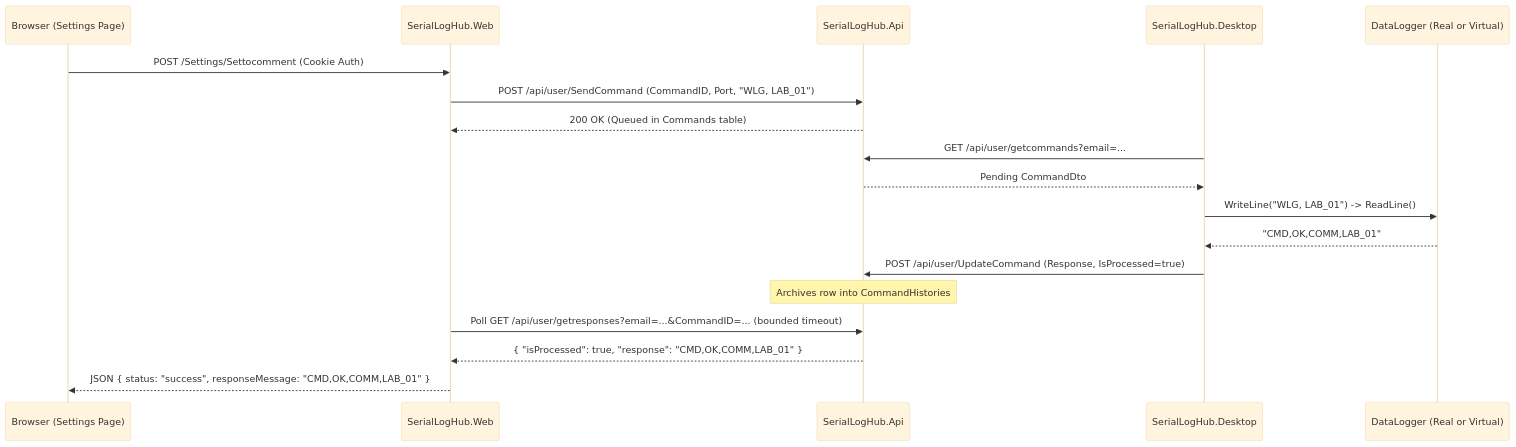
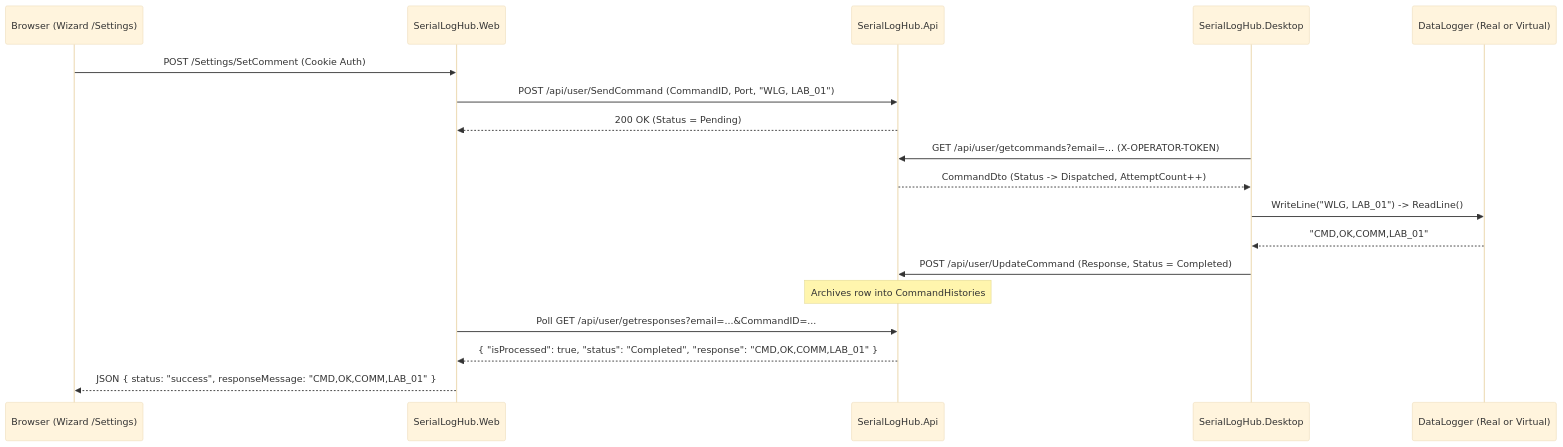
Before and after one commit to Abuluc/seriallog-hub: the third of 3 diagrams in docs/architecture/ARCHITECTURE.md, drawn with Mermaid (base theme). The commit also changed other lines of this file and 18 other files, not shown here.

Commit message:
sec: enforce fail-closed auth on null HttpContext, add production secret validator, SQL-side device compare, bounded durable bridge buffer, and 62 tests

````diff
--- a/docs/architecture/ARCHITECTURE.md
+++ b/docs/architecture/ARCHITECTURE.md
@@ -57,21 +57,21 @@
 ```mermaid
 sequenceDiagram
-    participant UI as Browser (Settings Page)
+    participant UI as Browser (Wizard /Settings)
     participant Web as SerialLogHub.Web
     participant API as SerialLogHub.Api
     participant Desk as SerialLogHub.Desktop
     participant Dev as DataLogger (Real or Virtual)
 
-    UI->>Web: POST /Settings/Settocomment (Cookie Auth)
+    UI->>Web: POST /Settings/SetComment (Cookie Auth)
     Web->>API: POST /api/user/SendCommand (CommandID, Port, "WLG, LAB_01")
-    API-->>Web: 200 OK (Queued in Commands table)
-    Desk->>API: GET /api/user/getcommands?email=...
-    API-->>Desk: Pending CommandDto
+    API-->>Web: 200 OK (Status = Pending)
+    Desk->>API: GET /api/user/getcommands?email=... (X-OPERATOR-TOKEN)
+    API-->>Desk: CommandDto (Status -> Dispatched, AttemptCount++)
     Desk->>Dev: WriteLine("WLG, LAB_01") -> ReadLine()
     Dev-->>Desk: "CMD,OK,COMM,LAB_01"
-    Desk->>API: POST /api/user/UpdateCommand (Response, IsProcessed=true)
+    Desk->>API: POST /api/user/UpdateCommand (Response, Status = Completed)
     Note over API: Archives row into CommandHistories
-    Web->>API: Poll GET /api/user/getresponses?email=...&CommandID=... (bounded timeout)
-    API-->>Web: { "isProcessed": true, "response": "CMD,OK,COMM,LAB_01" }
+    Web->>API: Poll GET /api/user/getresponses?email=...&CommandID=...
+    API-->>Web: { "isProcessed": true, "status": "Completed", "response": "CMD,OK,COMM,LAB_01" }
     Web-->>UI: JSON { status: "success", responseMessage: "CMD,OK,COMM,LAB_01" }
 ```
````
